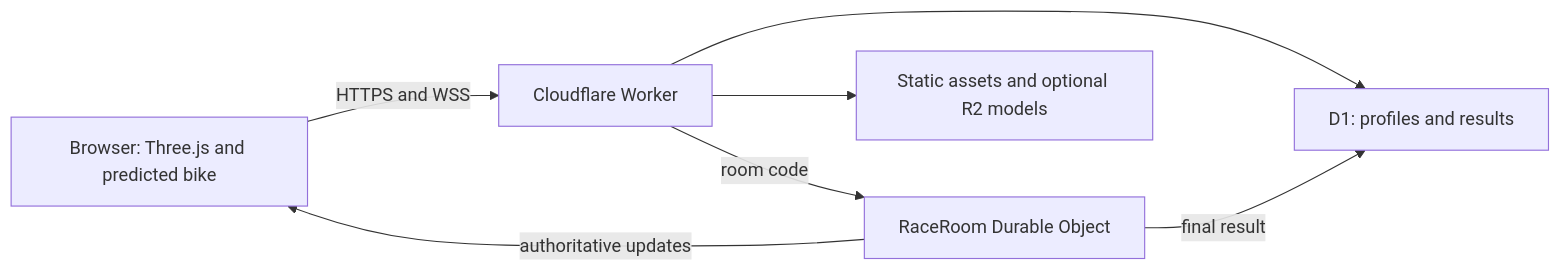
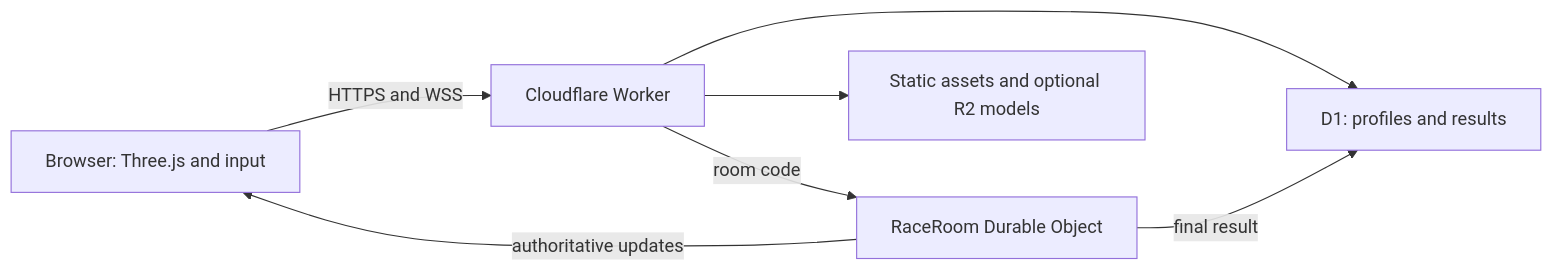
The diagram in docs/architecture.md (decocereus/roadrash-reboot), drawn with Mermaid before and after one commit. The commit also changed other lines of this file and 80 other files, not shown here.

````diff
--- a/docs/architecture.md
+++ b/docs/architecture.md
@@ -39,9 +45,9 @@
 ```mermaid
 flowchart LR
-    B[Browser: Three.js and predicted bike] -->|HTTPS and WSS| W[Cloudflare Worker]
+    B[Browser: Three.js and input] -->|HTTPS and WSS| W[Cloudflare Worker]
     W -->|room code| R[RaceRoom Durable Object]
     R -->|authoritative updates| B
     W --> D[D1: profiles and results]
     R -->|final result| D
     W --> A[Static assets and optional R2 models]
 ```
````
